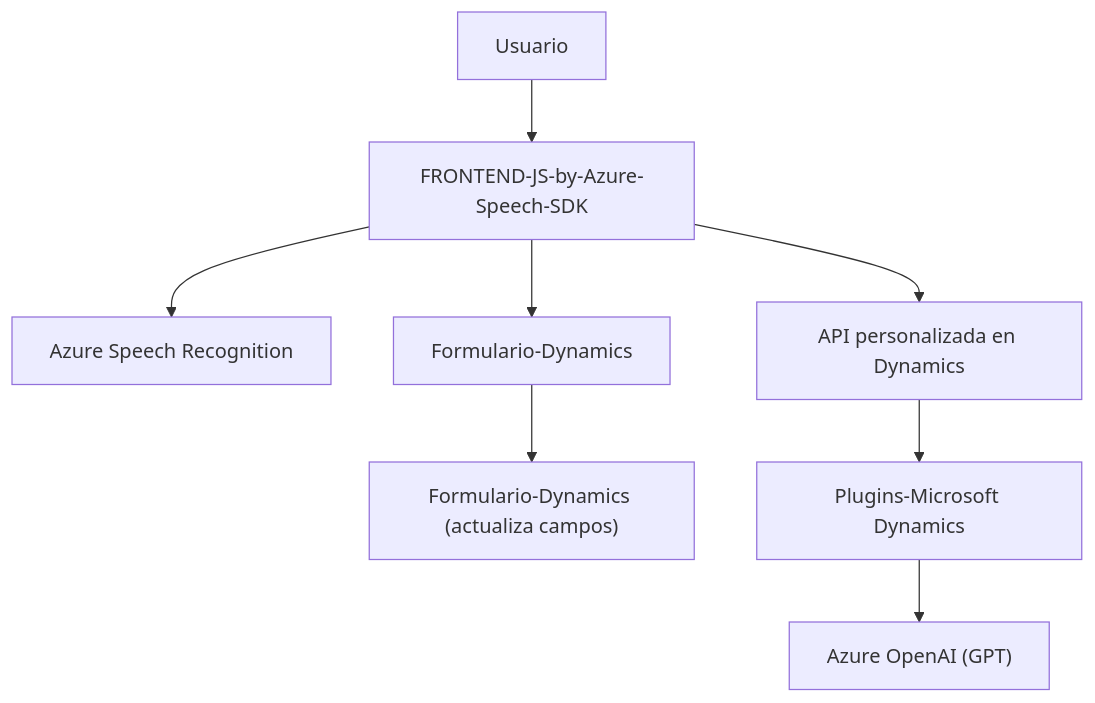
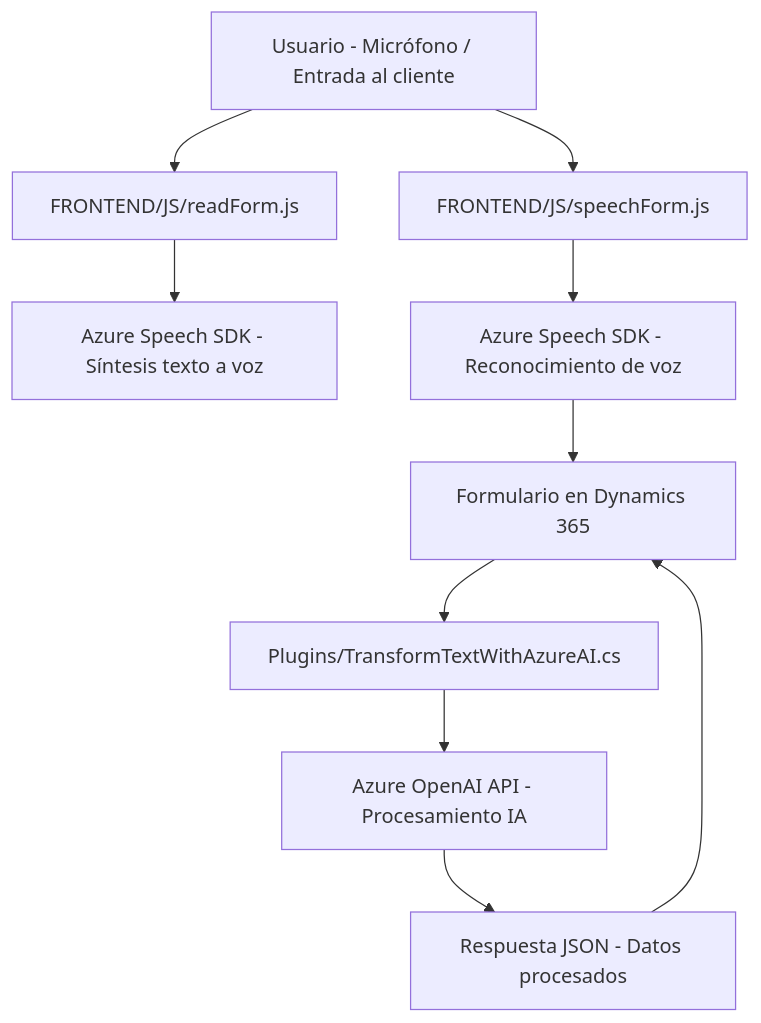
Before and after one commit to blopezdm/NETCORE_BILBAO2025: the diagram in README.md, drawn with Mermaid. The commit also changed other lines of this file, not shown here.

````diff
--- a/README.md
+++ b/README.md
@@ -54,19 +54,12 @@
 ```mermaid
 graph TD
-    A["Usuario"]
-    B["FRONTEND-JS-by-Azure-Speech-SDK"]
-    C["Azure Speech Recognition"]
-    D["Formulario-Dynamics"]
-    E["Formulario-Dynamics (actualiza campos)"]
-    F["API personalizada en Dynamics"]
-    G["Plugins-Microsoft Dynamics"]
-    H["Azure OpenAI (GPT)"]
-    
-    A --> B
-    B --> C
-    B --> D
-    D --> E
-    B --> F
-    F --> G
-    G --> H
+    A["Usuario - Micrófono / Entrada al cliente"] --> B["FRONTEND/JS/readForm.js"]
+    A --> C["FRONTEND/JS/speechForm.js"]
+    B --> D["Azure Speech SDK - Síntesis texto a voz"]
+    C --> E["Azure Speech SDK - Reconocimiento de voz"]
+    E --> F["Formulario en Dynamics 365"]
+    F --> G["Plugins/TransformTextWithAzureAI.cs"]
+    G --> H["Azure OpenAI API - Procesamiento IA"]
+    H --> I["Respuesta JSON - Datos procesados"]
+    I --> F
 ```
````
